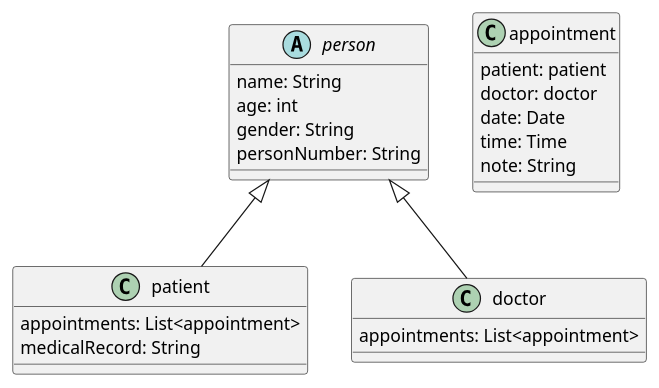
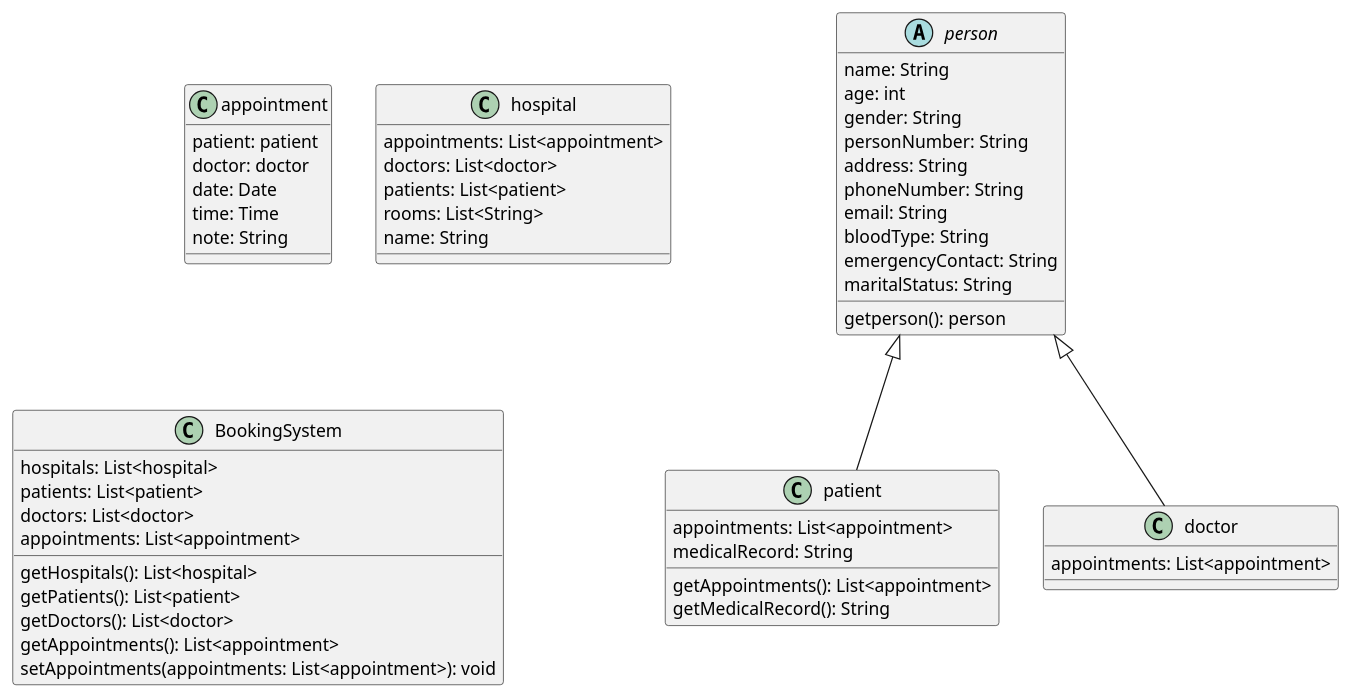
One commit to MrNegnar/hospitalBookingManagerModule changed the diagram in diagrams/classDiagram.puml. Above: the diagram before and after it, drawn with PlantUML. The commit also changed 1 other file, not shown here.

Commit message:
continue on class diagram and started system sequence diagram

```diff
--- a/diagrams/classDiagram.puml
+++ b/diagrams/classDiagram.puml
@@ -1,30 +1,57 @@
 @startuml Booking system class diagram
 
 abstract class person {
   name: String
   age: int
   gender: String
   personNumber: String
+  address: String
+  phoneNumber: String
+  email: String
+  bloodType: String
+  emergencyContact: String
+  maritalStatus: String
+  getperson(): person
 }
 
 class patient extends person {
   appointments: List<appointment>
   medicalRecord: String
-
+  getAppointments(): List<appointment>
+  getMedicalRecord(): String
 }
 
 class doctor extends person {
   appointments: List<appointment>
 }
 
 class appointment {
   patient: patient
   doctor: doctor
   date: Date
   time: Time
   note: String
 }
 
+class hospital {
+  appointments: List<appointment>
+  doctors: List<doctor>
+  patients: List<patient>
+  rooms: List<String>
+  name: String
+}
+
+class BookingSystem {
+  hospitals: List<hospital>
+  patients: List<patient>
+  doctors: List<doctor>
+  appointments: List<appointment>
+  getHospitals(): List<hospital>
+  getPatients(): List<patient>
+  getDoctors(): List<doctor>
+  getAppointments(): List<appointment>
+  setAppointments(appointments: List<appointment>): void
+}
 
 
 @enduml
```
